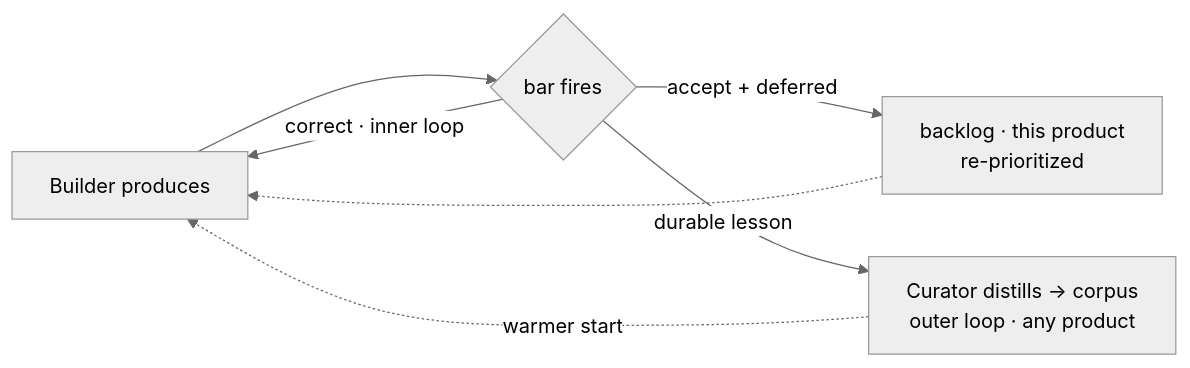
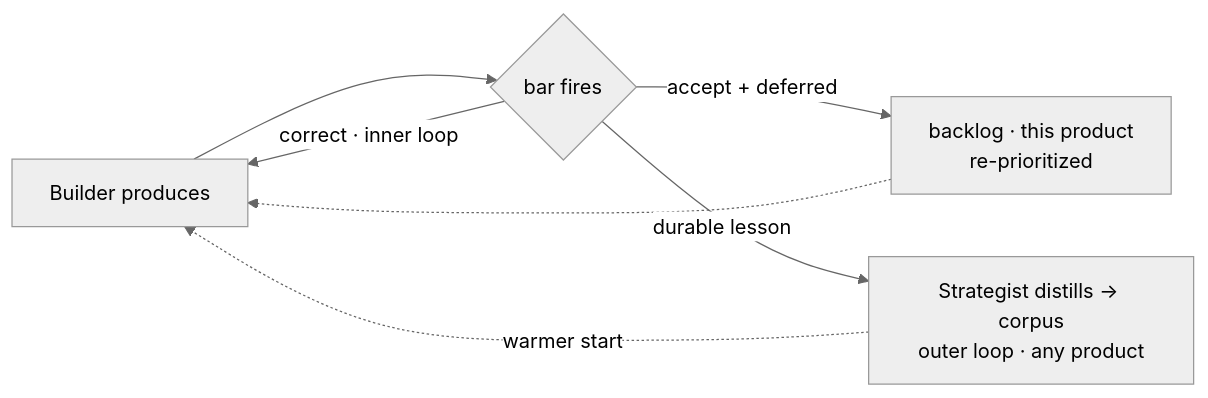
One commit to cyberuni/cyberplace changed the fifth of 6 diagrams in artifacts/specs/motive-model/spec.md. Above: the diagram before and after it, drawn with Mermaid (neutral theme). The commit also changed other lines of this file and 40 other files, not shown here.

First line of the commit message:
refactor: rename actors Framer->Director and Curator->Strategist

````diff
--- a/artifacts/specs/motive-model/spec.md
+++ b/artifacts/specs/motive-model/spec.md
@@ -300,9 +300,9 @@
 ```mermaid
 flowchart LR
     B["Builder produces"] --> BAR{"bar fires"}
     BAR -->|"correct · inner loop"| B
     BAR -->|"accept + deferred"| BL["backlog · this product<br/>re-prioritized"]
     BL -.-> B
-    BAR -->|"durable lesson"| CUR["Curator distills → corpus<br/>outer loop · any product"]
+    BAR -->|"durable lesson"| CUR["Strategist distills → corpus<br/>outer loop · any product"]
     CUR -.->|"warmer start"| B
 ```
````
